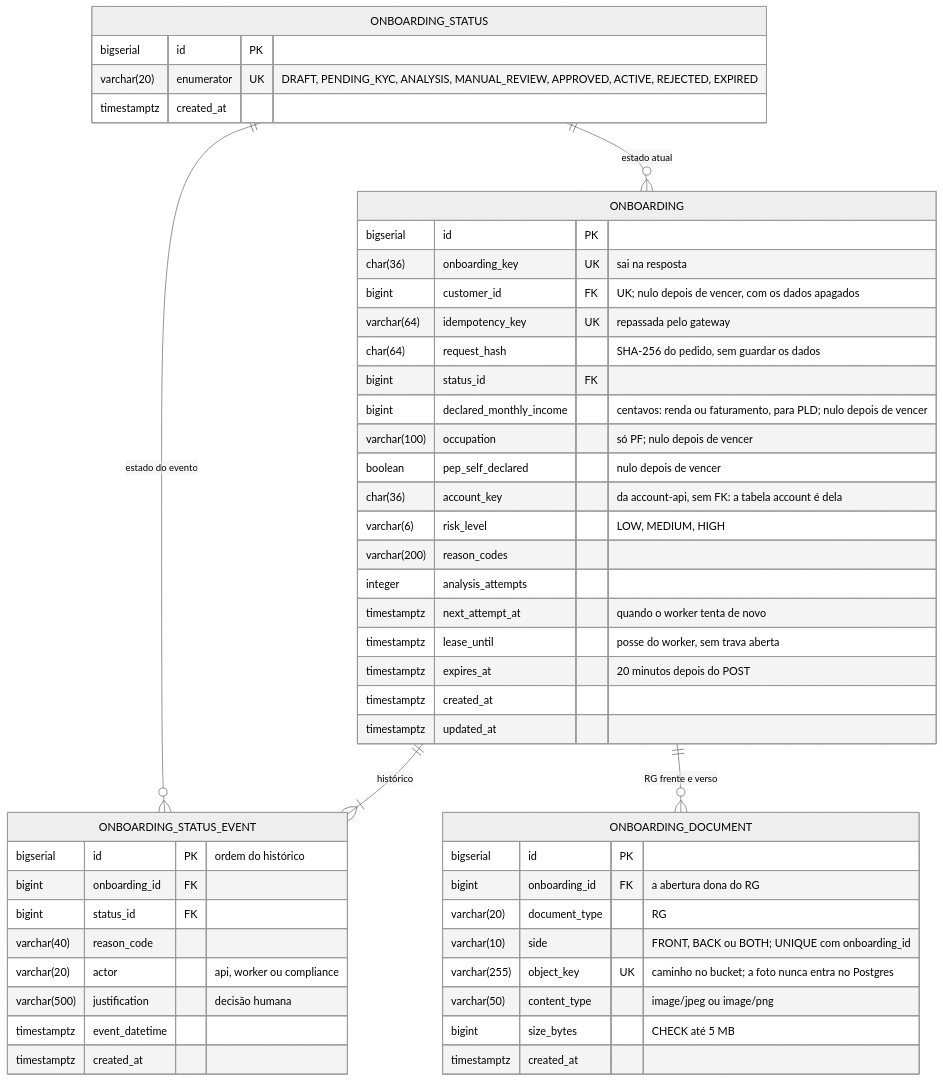
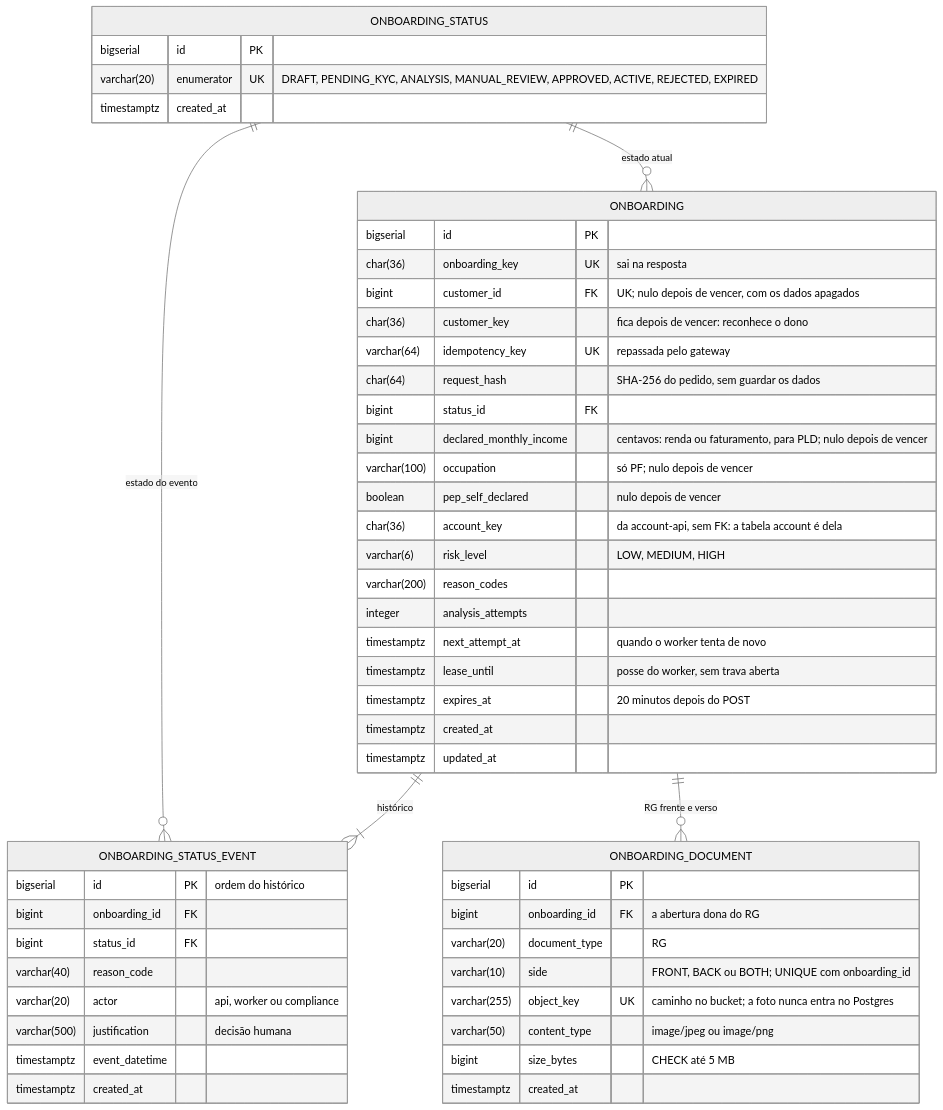
One commit to eduardoVL123/bootcampQitech_bancoDigital changed the third of 14 diagrams in docs/rfc/05-onboarding-api.md. Above: the diagram before and after it, drawn with Mermaid (neutral theme). The commit also changed other lines of this file and 19 other files, not shown here.

````diff
--- a/docs/rfc/05-onboarding-api.md
+++ b/docs/rfc/05-onboarding-api.md
@@ -276,52 +277,53 @@
 ```mermaid
 erDiagram
     ONBOARDING_STATUS ||--o{ ONBOARDING : "estado atual"
     ONBOARDING_STATUS ||--o{ ONBOARDING_STATUS_EVENT : "estado do evento"
     ONBOARDING ||--|{ ONBOARDING_STATUS_EVENT : "histórico"
     ONBOARDING ||--o{ ONBOARDING_DOCUMENT : "RG frente e verso"
     ONBOARDING_STATUS {
         bigserial id PK
         varchar(20) enumerator UK "DRAFT, PENDING_KYC, ANALYSIS, MANUAL_REVIEW, APPROVED, ACTIVE, REJECTED, EXPIRED"
         timestamptz created_at
     }
     ONBOARDING {
         bigserial id PK
         char(36) onboarding_key UK "sai na resposta"
         bigint customer_id FK "UK; nulo depois de vencer, com os dados apagados"
+        char(36) customer_key "fica depois de vencer: reconhece o dono"
         varchar(64) idempotency_key UK "repassada pelo gateway"
         char(64) request_hash "SHA-256 do pedido, sem guardar os dados"
         bigint status_id FK
         bigint declared_monthly_income "centavos: renda ou faturamento, para PLD; nulo depois de vencer"
         varchar(100) occupation "só PF; nulo depois de vencer"
         boolean pep_self_declared "nulo depois de vencer"
         char(36) account_key "da account-api, sem FK: a tabela account é dela"
         varchar(6) risk_level "LOW, MEDIUM, HIGH"
         varchar(200) reason_codes
         integer analysis_attempts
         timestamptz next_attempt_at "quando o worker tenta de novo"
         timestamptz lease_until "posse do worker, sem trava aberta"
         timestamptz expires_at "20 minutos depois do POST"
         timestamptz created_at
         timestamptz updated_at
     }
     ONBOARDING_STATUS_EVENT {
         bigserial id PK "ordem do histórico"
         bigint onboarding_id FK
         bigint status_id FK
         varchar(40) reason_code
         varchar(20) actor "api, worker ou compliance"
         varchar(500) justification "decisão humana"
         timestamptz event_datetime
         timestamptz created_at
     }
     ONBOARDING_DOCUMENT {
         bigserial id PK
         bigint onboarding_id FK "a abertura dona do RG"
         varchar(20) document_type "RG"
         varchar(10) side "FRONT, BACK ou BOTH; UNIQUE com onboarding_id"
         varchar(255) object_key UK "caminho no bucket; a foto nunca entra no Postgres"
         varchar(50) content_type "image/jpeg ou image/png"
         bigint size_bytes "CHECK até 5 MB"
         timestamptz created_at
     }
 ```
````
